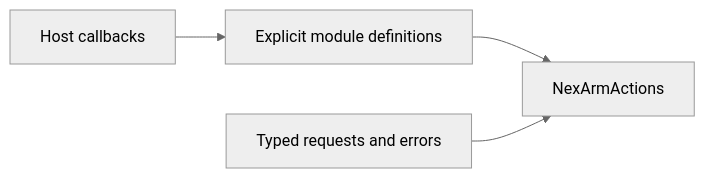
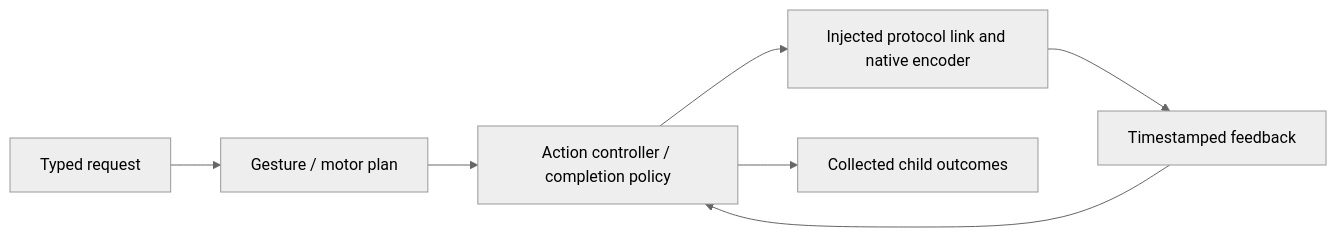
One commit to devilyouwei/MobileHarness changed the diagram in MobileHarness/Actions/NexArm/Support/README.md. Above: the diagram before and after it, drawn with Mermaid (neutral theme). The commit also changed other lines of this file and 120 other files, not shown here.

Commit message:
Refine NexArm arrival policies, action composition and module boundaries

````diff
--- a/MobileHarness/Actions/NexArm/Support/README.md
+++ b/MobileHarness/Actions/NexArm/Support/README.md
@@ -7,6 +9,9 @@
 ```mermaid
 flowchart LR
-    Host[Host callbacks] --> Modules[Explicit module definitions]
-    Modules --> Entries[NexArmActions]
-    Types[Typed requests and errors] --> Entries
+    Entry[Typed request] --> Plan[Gesture / motor plan]
+    Plan --> Execute[Action controller / completion policy]
+    Execute --> SDK[Injected protocol link and native encoder]
+    SDK --> Feedback[Timestamped feedback]
+    Feedback --> Execute
+    Execute --> Report[Collected child outcomes]
 ```
````
